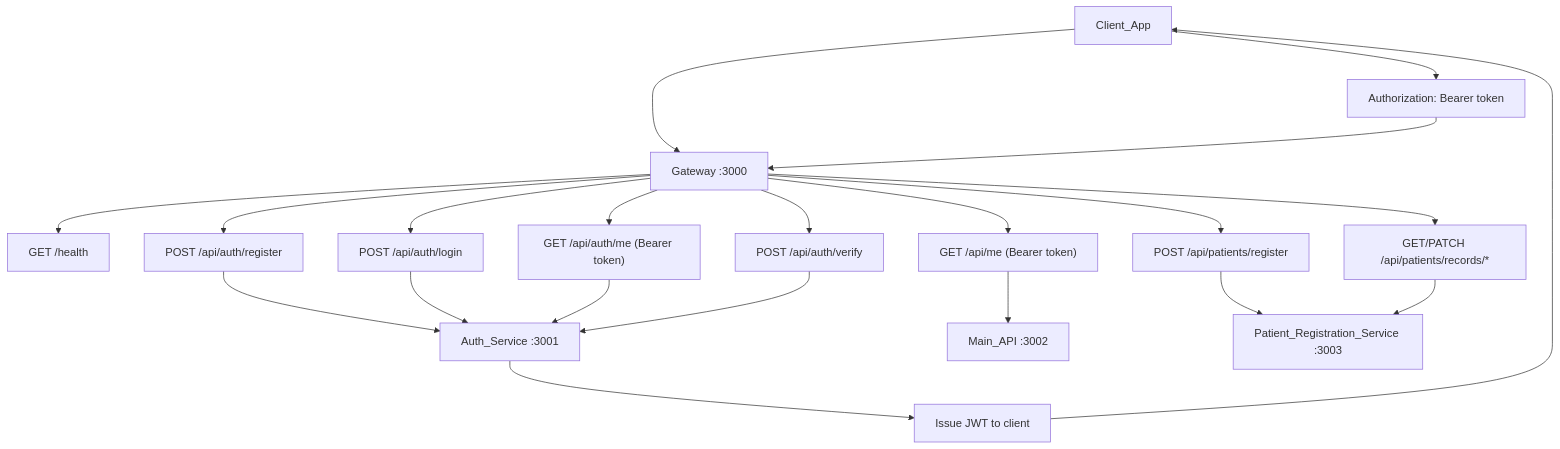
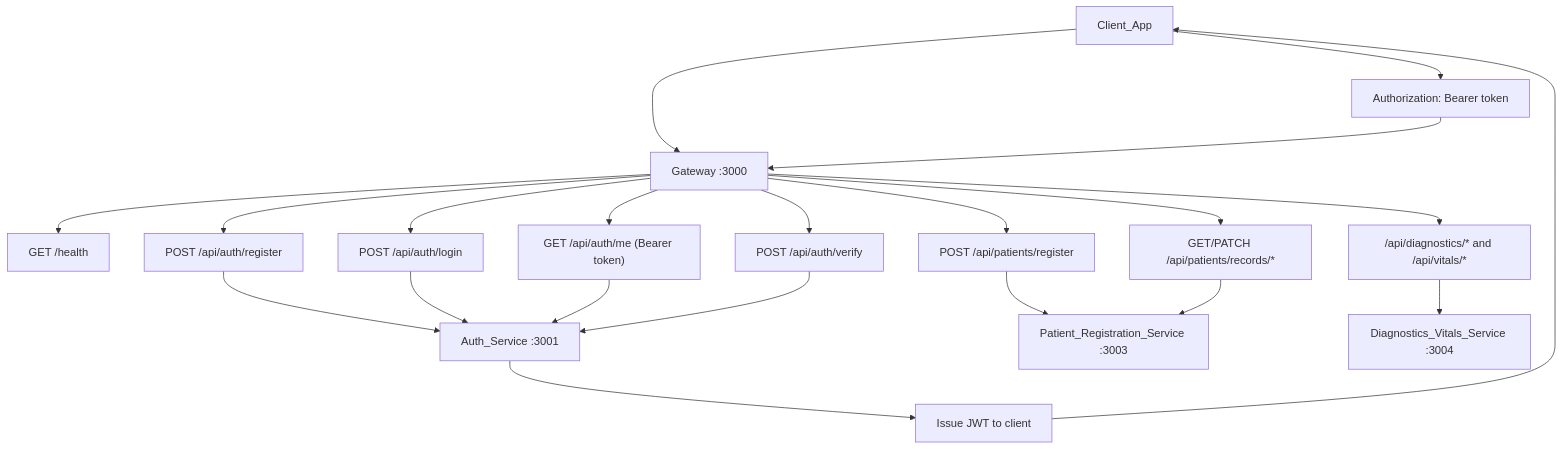
The diagram in README.md (HWDevOps-Group6/Coursework), drawn with Mermaid before and after one commit. The commit also changed other lines of this file and 5 other files, not shown here.

Commit message:
[refactoring] removed main service

````diff
--- a/README.md
+++ b/README.md
@@ -37,27 +34,27 @@
 ```mermaid
 flowchart TD
 Client[Client_App] --> Gateway["Gateway :3000"]
 
 Gateway --> GWHealth["GET /health"]
 Gateway --> GWAuthRegister["POST /api/auth/register"]
 Gateway --> GWAuthLogin["POST /api/auth/login"]
 Gateway --> GWAuthMe["GET /api/auth/me (Bearer token)"]
 Gateway --> GWAuthVerify["POST /api/auth/verify"]
-Gateway --> GWMainMe["GET /api/me (Bearer token)"]
 
 GWAuthRegister --> AuthService["Auth_Service :3001"]
 GWAuthLogin --> AuthService
 GWAuthMe --> AuthService
 GWAuthVerify --> AuthService
 
-GWMainMe --> MainService["Main_API :3002"]
 Gateway --> GWPatientReg["POST /api/patients/register"]
 Gateway --> GWPatientRecords["GET/PATCH /api/patients/records/*"]
+Gateway --> GWDiagnostics["/api/diagnostics/* and /api/vitals/*"]
 GWPatientReg --> PatientRegService["Patient_Registration_Service :3003"]
 GWPatientRecords --> PatientRegService["Patient_Registration_Service :3003"]
+GWDiagnostics --> DiagnosticsVitals["Diagnostics_Vitals_Service :3004"]
 
 AuthService --> IssueJwt["Issue JWT to client"]
 IssueJwt --> Client
 Client --> SendBearer["Authorization: Bearer token"]
 SendBearer --> Gateway
 ```
````
